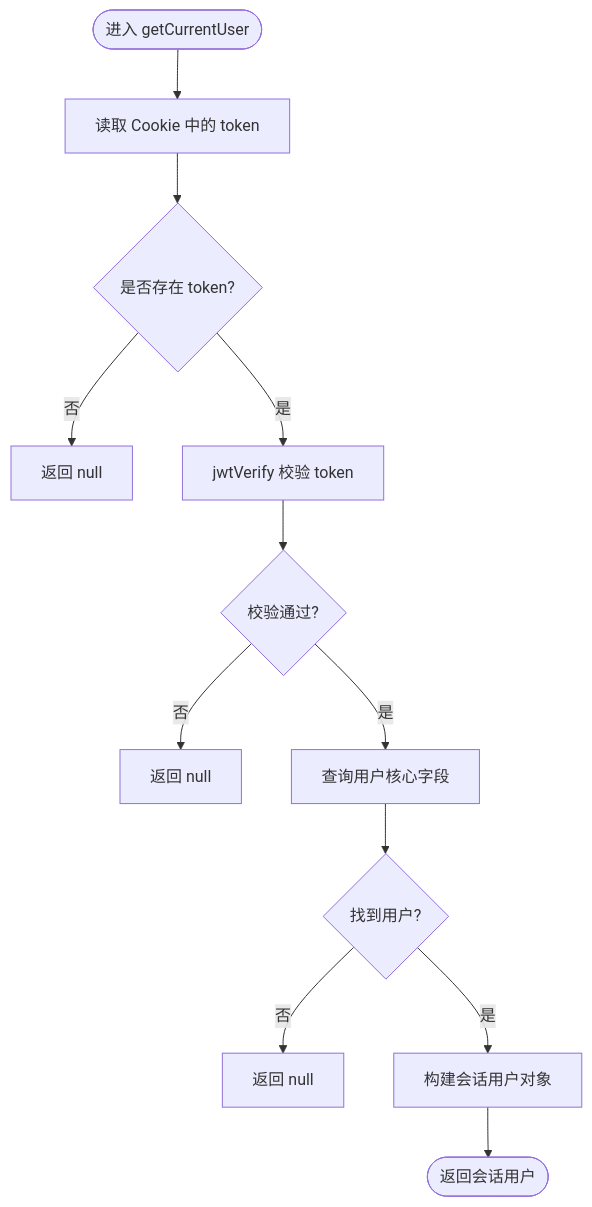
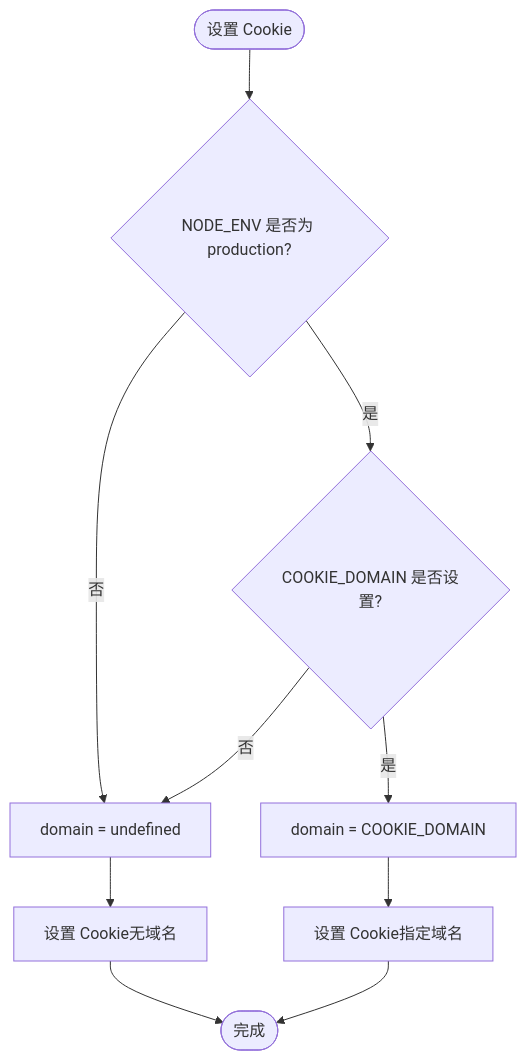
The third of 5 diagrams in .qoder/repowiki/zh/content/认证系统/认证系统.md (three3638-arch/celestia_2b), drawn with Mermaid before and after one commit. The commit also changed other lines of this file and 25 other files, not shown here.

````diff
--- a/.qoder/repowiki/zh/content/认证系统/认证系统.md
+++ b/.qoder/repowiki/zh/content/认证系统/认证系统.md
@@ -228,14 +228,12 @@
 ```mermaid
 flowchart TD
-Start(["进入 getCurrentUser"]) --> ReadCookie["读取 Cookie 中的 token"]
-ReadCookie --> HasToken{"是否存在 token?"}
-HasToken --> |否| ReturnNull1["返回 null"]
-HasToken --> |是| Verify["jwtVerify 校验 token"]
-Verify --> Verified{"校验通过?"}
-Verified --> |否| ReturnNull2["返回 null"]
-Verified --> |是| QueryUser["查询用户核心字段"]
-QueryUser --> Found{"找到用户?"}
-Found --> |否| ReturnNull3["返回 null"]
-Found --> |是| BuildSession["构建会话用户对象"]
-BuildSession --> Done(["返回会话用户"])
+Start(["设置 Cookie"]) --> CheckEnv{"NODE_ENV 是否为 production?"}
+CheckEnv --> |否| NoDomain["domain = undefined"]
+CheckEnv --> |是| CheckDomain{"COOKIE_DOMAIN 是否设置?"}
+CheckDomain --> |否| NoDomain
+CheckDomain --> |是| SetDomain["domain = COOKIE_DOMAIN"]
+NoDomain --> SetCookie["设置 Cookie无域名"]
+SetDomain --> SetCookie2["设置 Cookie指定域名"]
+SetCookie --> Done(["完成"])
+SetCookie2 --> Done
 ```
````
